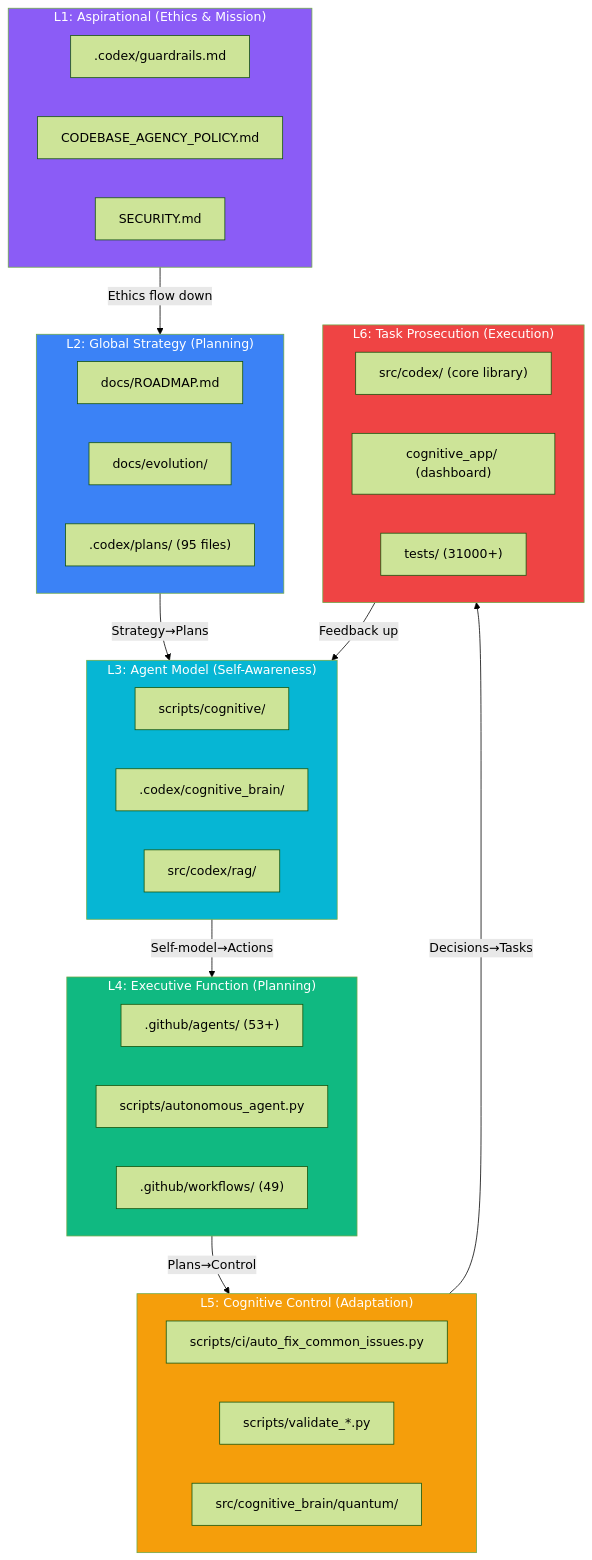
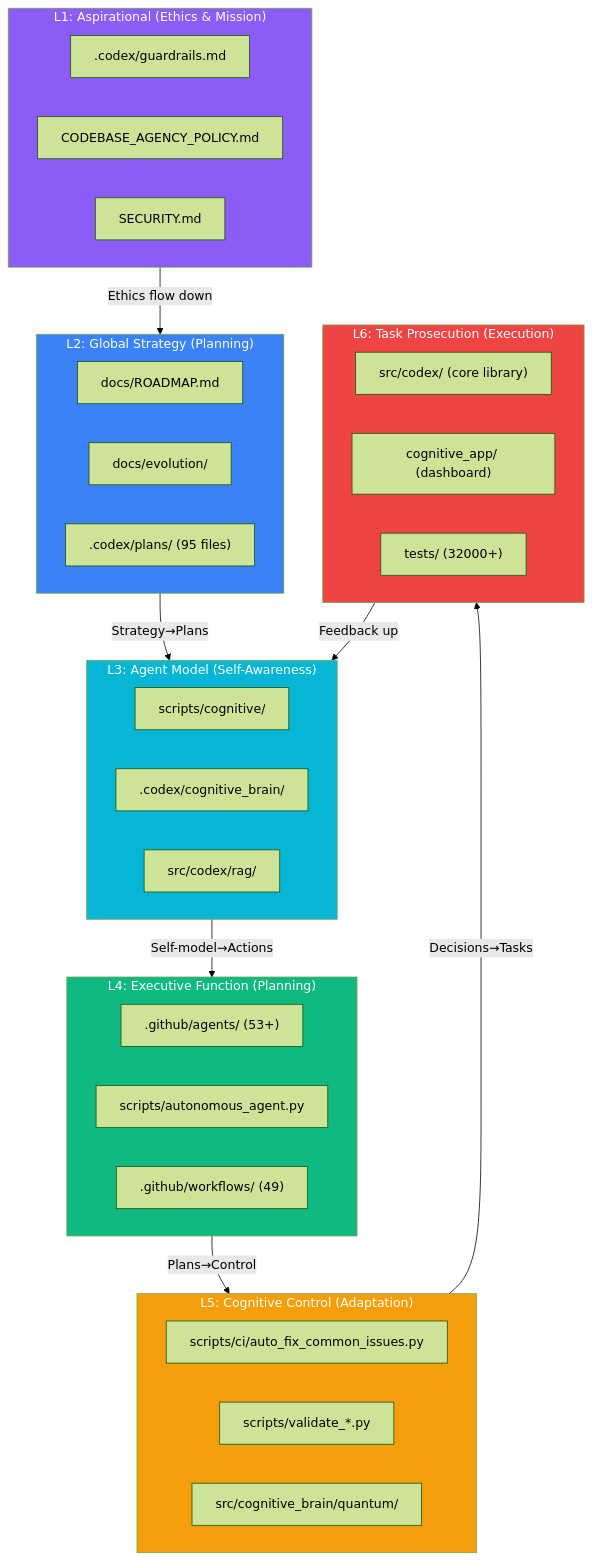
One commit to Aries-Serpent/_codex_ changed the diagram in docs/evolution/COGNITIVE_CODEBASE_MAP.md. Above: the diagram before and after it, drawn with Mermaid (forest theme). The commit also changed 35 other files, not shown here.

````diff
--- a/docs/evolution/COGNITIVE_CODEBASE_MAP.md
+++ b/docs/evolution/COGNITIVE_CODEBASE_MAP.md
@@ -12,52 +12,52 @@
 ```mermaid
 graph TD
     subgraph L1["L1: Aspirational (Ethics & Mission)"]
         E1[".codex/guardrails.md"]
         E2["CODEBASE_AGENCY_POLICY.md"]
         E3["SECURITY.md"]
     end
 
     subgraph L2["L2: Global Strategy (Planning)"]
         S1["docs/ROADMAP.md"]
         S2["docs/evolution/"]
         S3[".codex/plans/ (95 files)"]
     end
 
     subgraph L3["L3: Agent Model (Self-Awareness)"]
         M1["scripts/cognitive/"]
         M2[".codex/cognitive_brain/"]
         M3["src/codex/rag/"]
     end
 
     subgraph L4["L4: Executive Function (Planning)"]
         X1[".github/agents/ (53+)"]
         X2["scripts/autonomous_agent.py"]
         X3[".github/workflows/ (49)"]
     end
 
     subgraph L5["L5: Cognitive Control (Adaptation)"]
         C1["scripts/ci/auto_fix_common_issues.py"]
         C2["scripts/validate_*.py"]
         C3["src/cognitive_brain/quantum/"]
     end
 
     subgraph L6["L6: Task Prosecution (Execution)"]
         T1["src/codex/ (core library)"]
         T2["cognitive_app/ (dashboard)"]
-        T3["tests/ (31000+)"]
+        T3["tests/ (32000+)"]
     end
 
     L1 -->|"Ethics flow down"| L2
     L2 -->|"Strategy→Plans"| L3
     L3 -->|"Self-model→Actions"| L4
     L4 -->|"Plans→Control"| L5
     L5 -->|"Decisions→Tasks"| L6
     L6 -->|"Feedback up"| L3
 
     style L1 fill:#8b5cf6,color:#fff
     style L2 fill:#3b82f6,color:#fff
     style L3 fill:#06b6d4,color:#fff
     style L4 fill:#10b981,color:#fff
     style L5 fill:#f59e0b,color:#fff
     style L6 fill:#ef4444,color:#fff
 ```
````
